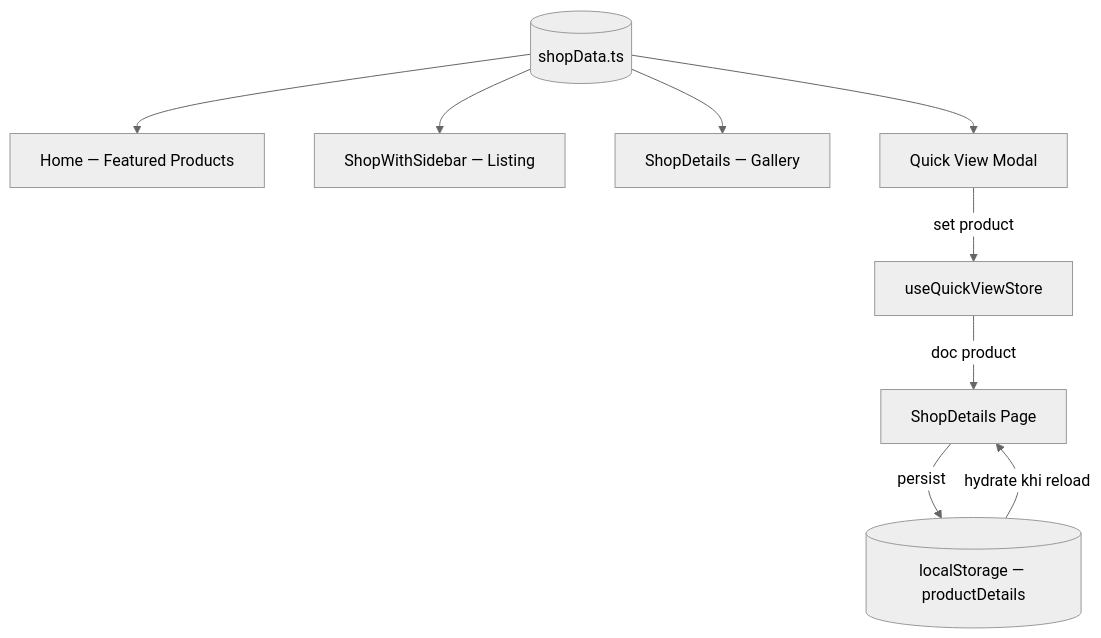
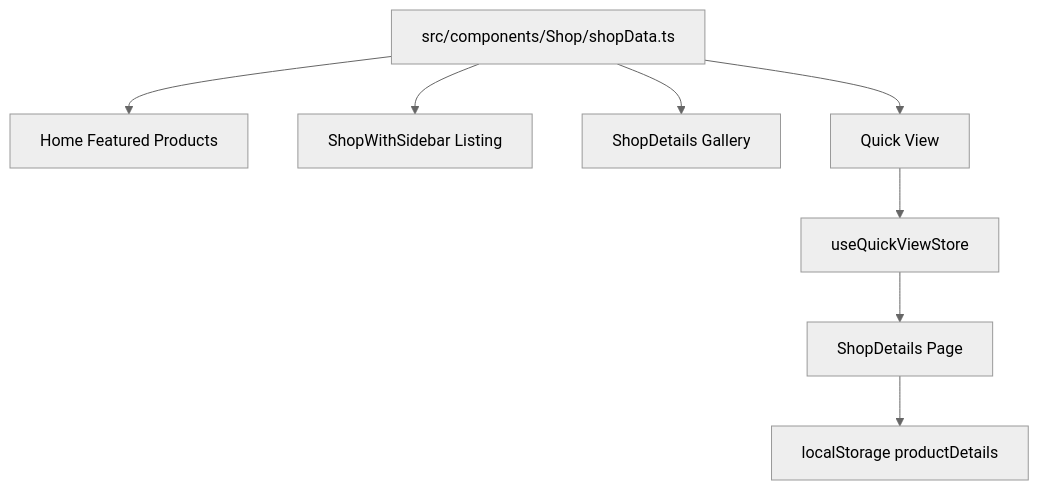
The third of 9 diagrams in 07-so-do-mermaid.md (NguyenDinhDang/Docs-E-commerce), drawn with Mermaid (neutral theme) before and after one commit. The commit also changed other lines of this file and 4 other files, not shown here.

````diff
--- a/07-so-do-mermaid.md
+++ b/07-so-do-mermaid.md
@@ -69,14 +36,10 @@
 ```mermaid
 flowchart TD
-    SD[("shopData.ts")]
-
-    SD --> Home[Home — Featured Products]
-    SD --> Listing[ShopWithSidebar — Listing]
-    SD --> Gallery[ShopDetails — Gallery]
-    SD --> QV[Quick View Modal]
-
-    QV -->|set product| QVStore[useQuickViewStore]
-    QVStore -->|doc product| Detail[ShopDetails Page]
-    Detail -->|persist| LS[(localStorage — productDetails)]
-    LS -->|hydrate khi reload| Detail
+  A[src/components/Shop/shopData.ts] --> B[Home Featured Products]
+  A --> C[ShopWithSidebar Listing]
+  A --> D[ShopDetails Gallery]
+  A --> E[Quick View]
+  E --> F[useQuickViewStore]
+  F --> G[ShopDetails Page]
+  G --> H[localStorage productDetails]
 ```
````
